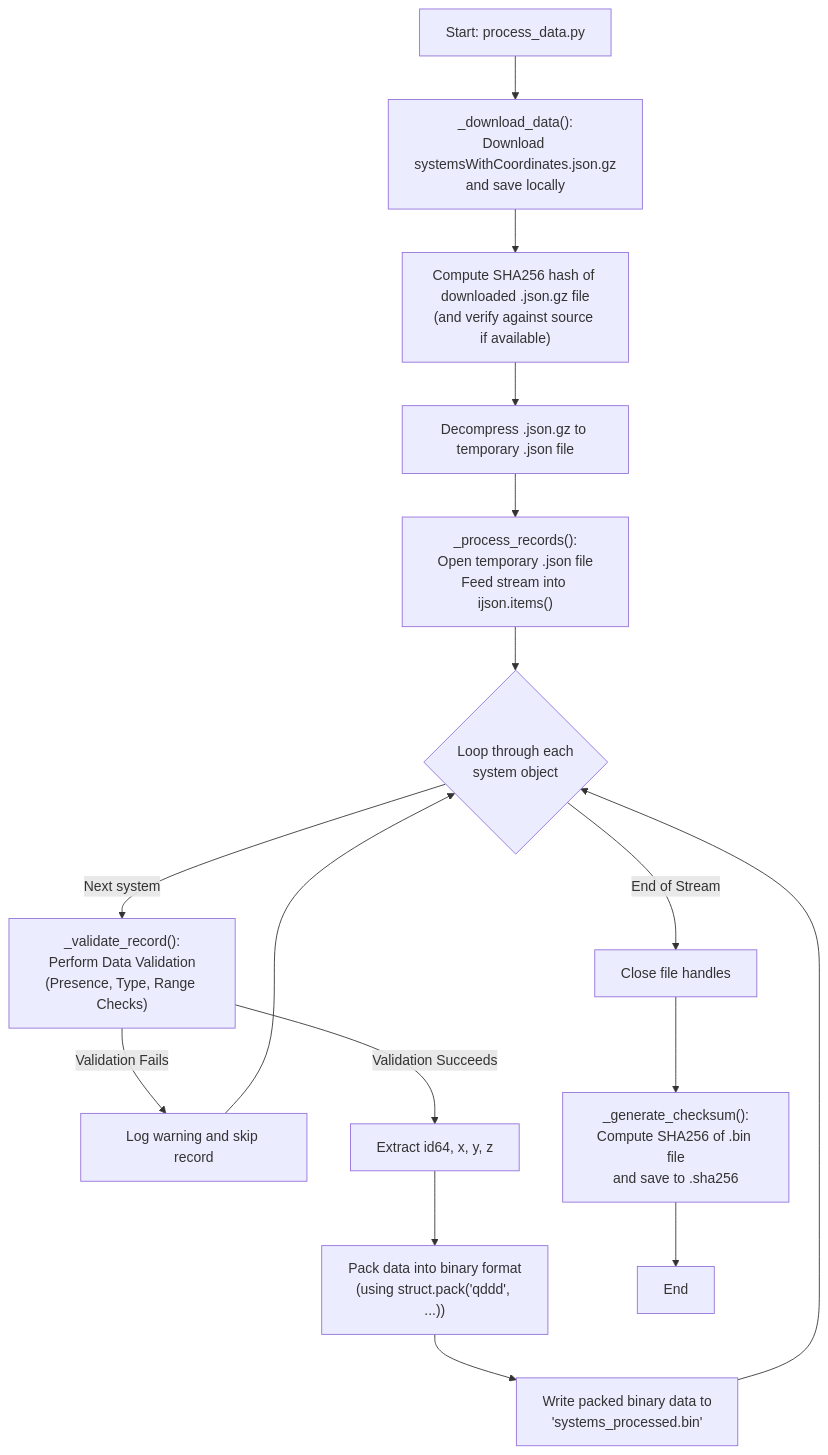
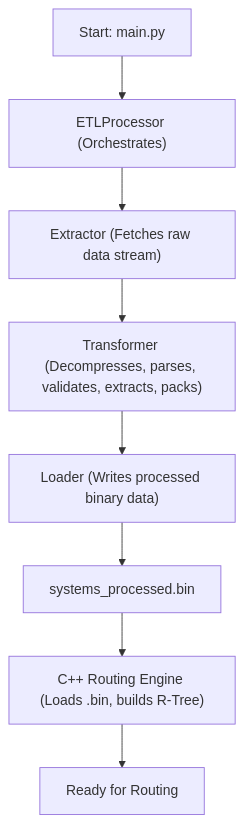
The first of 3 diagrams in pipeline/docs/etl_process_deep_dive.md (mnaatjes/elite-dangerous-dev), drawn with Mermaid before and after one commit. The commit also changed other lines of this file and 20 other files, not shown here.

````diff
--- a/pipeline/docs/etl_process_deep_dive.md
+++ b/pipeline/docs/etl_process_deep_dive.md
@@ -11,18 +11,10 @@
 ```mermaid
 graph TD
-    A["Start: process_data.py"] --> B["_download_data():<br/>Download systemsWithCoordinates.json.gz<br/>and save locally"];
-    B --> C["Compute SHA256 hash of downloaded .json.gz file<br/>(and verify against source if available)"];
-    C --> D["Decompress .json.gz to temporary .json file"];
-    D --> E["_process_records():<br/>Open temporary .json file<br/>Feed stream into ijson.items()"];
-    E --> F{Loop through each<br/>system object};
-    F -- "Next system" --> G["_validate_record():<br/>Perform Data Validation<br/>(Presence, Type, Range Checks)"];
-    G -- "Validation Fails" --> H["Log warning and skip record"];
-    H --> F;
-    G -- "Validation Succeeds" --> I["Extract id64, x, y, z"];
-    I --> J["Pack data into binary format<br/>(using struct.pack('qddd', ...))"];
-    J --> K["Write packed binary data to<br/>'systems_processed.bin'"];
-    K --> F;
-    F -- "End of Stream" --> L["Close file handles"];
-    L --> M["_generate_checksum():<br/>Compute SHA256 of .bin file<br/>and save to .sha256"];
-    M --> N["End"];
+    A["Start: main.py"] --> B["ETLProcessor (Orchestrates)"];
+    B --> C["Extractor (Fetches raw data stream)"];
+    C --> D["Transformer (Decompresses, parses, validates, extracts, packs)"];
+    D --> E["Loader (Writes processed binary data)"];
+    E --> F["systems_processed.bin"];
+    F --> G["C++ Routing Engine (Loads .bin, builds R-Tree)"];
+    G --> H["Ready for Routing"];
 ```
````
